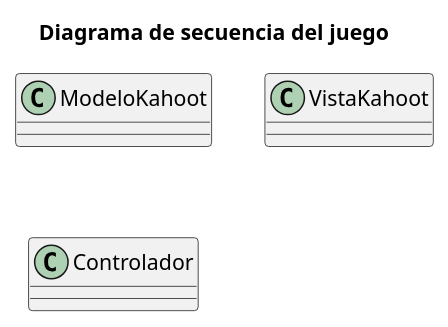
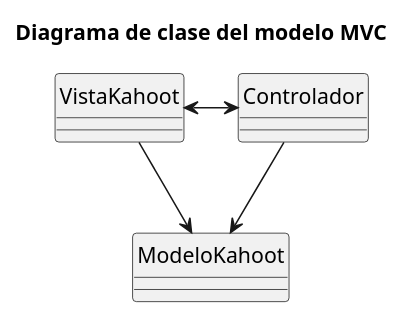
The diagram in doc/Diagramas/Diagramas_Secuencia/MVC/MVC.wsd (gylopezgiles/TP2), drawn with PlantUML before and after one commit. The commit also changed 4 other files, not shown here.

First line of the commit message:
Diagrama de clase del modelo MVC

```diff
--- a/doc/Diagramas/Diagramas_Secuencia/MVC/MVC.wsd
+++ b/doc/Diagramas/Diagramas_Secuencia/MVC/MVC.wsd
@@ -1,22 +1,26 @@
 @startuml
-title Diagrama de secuencia del juego
+title Diagrama de clase del modelo MVC
 skinparam classAttributeIconSize 0
+hide circle
 
 
 class ModeloKahoot{
-
+    
 }
 
 class VistaKahoot{
 
 }
 
 class Controlador{
 
 }
 
 
+VistaKahoot <-> Controlador
+Controlador --> ModeloKahoot
+VistaKahoot --> ModeloKahoot
 
 
 
 @enduml
```
